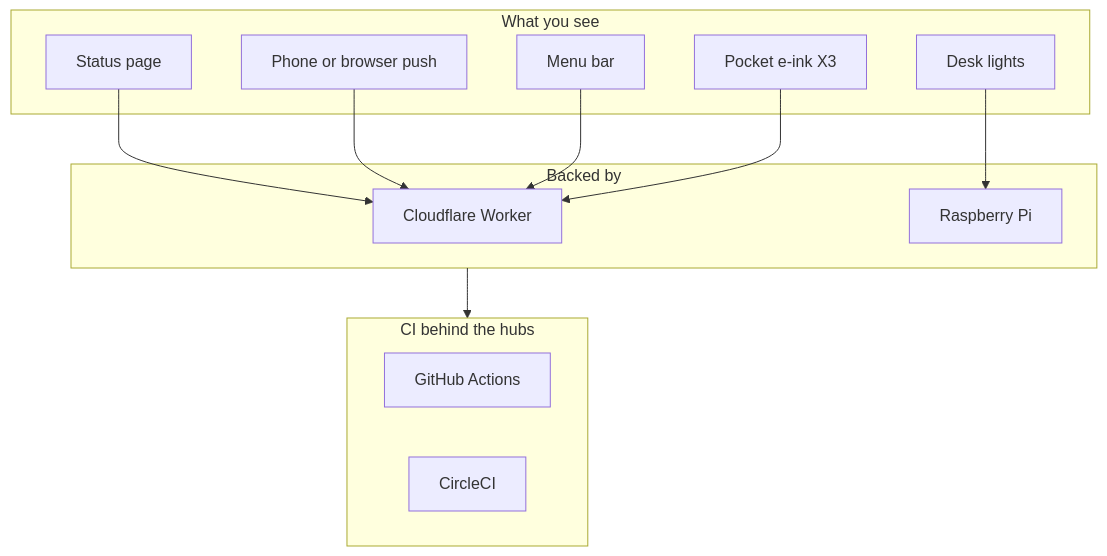
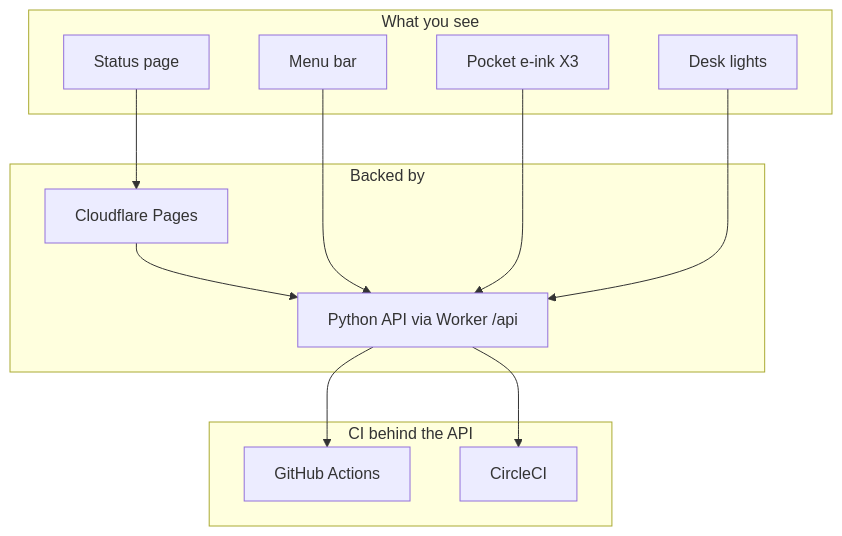
One commit to mzworthington/gpio-build-monitor changed the first of 3 diagrams in README.md. Above: the diagram before and after it, drawn with Mermaid. The commit also changed other lines of this file and 251 other files, not shown here.

````diff
--- a/README.md
+++ b/README.md
@@ -26,27 +24,27 @@
 ```mermaid
 flowchart TB
   subgraph see [What you see]
     WebUI[Status page]
-    Push[Phone or browser push]
     Mac[Menu bar]
     X3[Pocket e-ink X3]
     LEDs[Desk lights]
   end
 
   subgraph hubs [Backed by]
-    Worker[Cloudflare Worker]
-    Pi[Raspberry Pi]
+    Pages[Cloudflare Pages]
+    API[Python API via Worker /api]
   end
 
-  subgraph ci [CI behind the hubs]
+  subgraph ci [CI behind the API]
     GH[GitHub Actions]
     CCI[CircleCI]
   end
 
-  WebUI --> Worker
-  Push --> Worker
-  Mac --> Worker
-  X3 --> Worker
-  LEDs --> Pi
-  hubs --> ci
+  WebUI --> Pages
+  Pages --> API
+  Mac --> API
+  X3 --> API
+  LEDs --> API
+  API --> GH
+  API --> CCI
 ```
````
